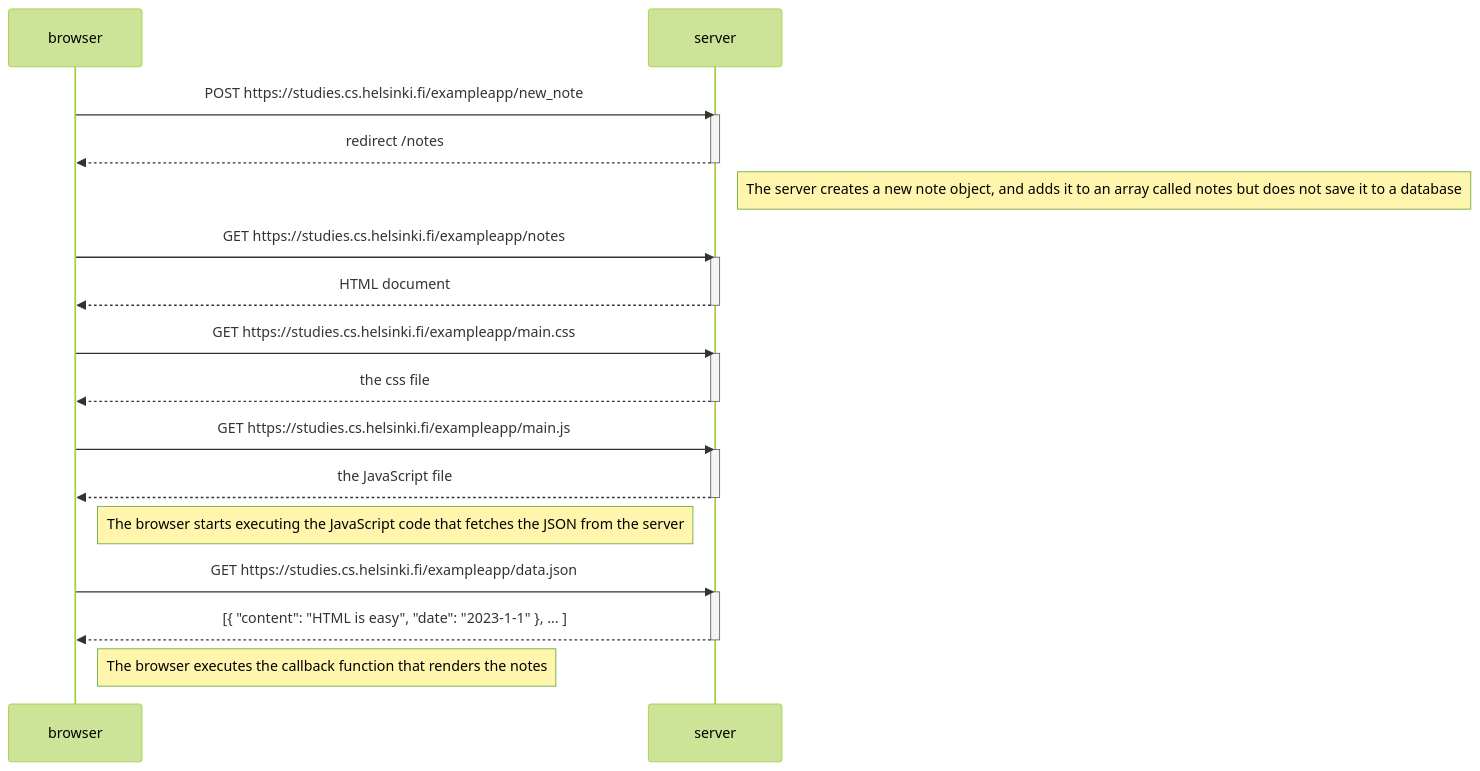
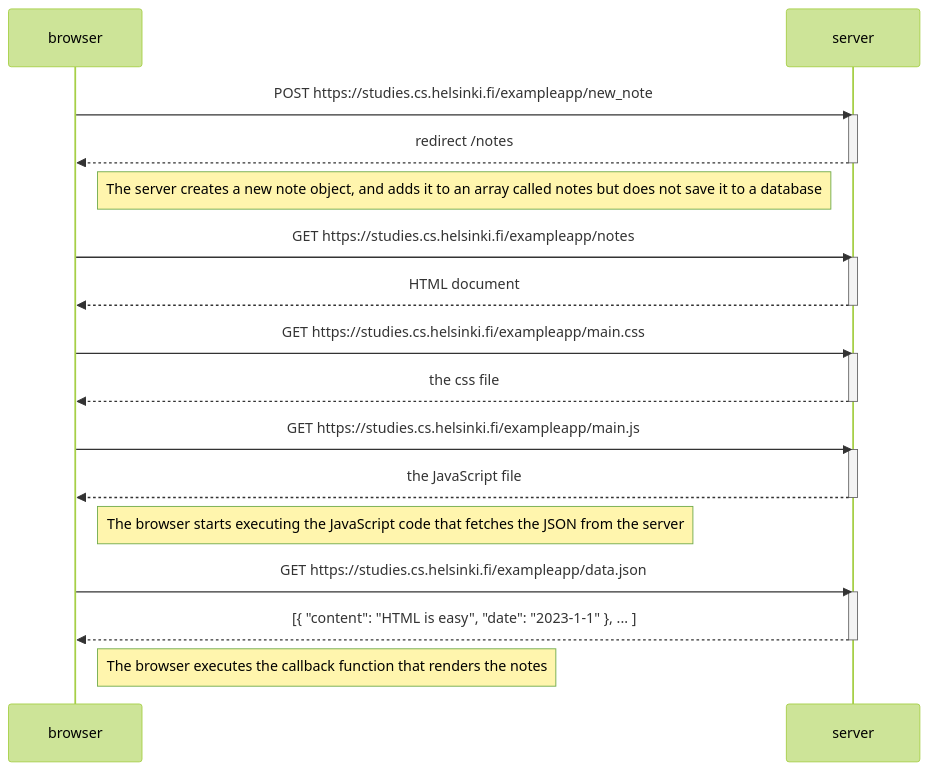
Before and after one commit to abhiroopc84/fso: the diagram in part0/4.md, drawn with Mermaid (forest theme).

````diff
--- a/part0/4.md
+++ b/part0/4.md
@@ -1,36 +1,36 @@
 ```mermaid
 sequenceDiagram
     participant browser
     participant server
 
     browser->>server: POST https://studies.cs.helsinki.fi/exampleapp/new_note
     activate server
     server-->>browser: redirect /notes
     deactivate server
 
-    Note right of server: The server creates a new note object, and adds it to an array called notes but does not save it to a database
+    Note left of server: The server creates a new note object, and adds it to an array called notes but does not save it to a database
 
     browser->>server: GET https://studies.cs.helsinki.fi/exampleapp/notes
     activate server
     server-->>browser: HTML document
     deactivate server
 
     browser->>server: GET https://studies.cs.helsinki.fi/exampleapp/main.css
     activate server
     server-->>browser: the css file
     deactivate server
 
     browser->>server: GET https://studies.cs.helsinki.fi/exampleapp/main.js
     activate server
     server-->>browser: the JavaScript file
     deactivate server
 
     Note right of browser: The browser starts executing the JavaScript code that fetches the JSON from the server
 
     browser->>server: GET https://studies.cs.helsinki.fi/exampleapp/data.json
     activate server
     server-->>browser: [{ "content": "HTML is easy", "date": "2023-1-1" }, ... ]
     deactivate server
 
     Note right of browser: The browser executes the callback function that renders the notes
 ```
````
